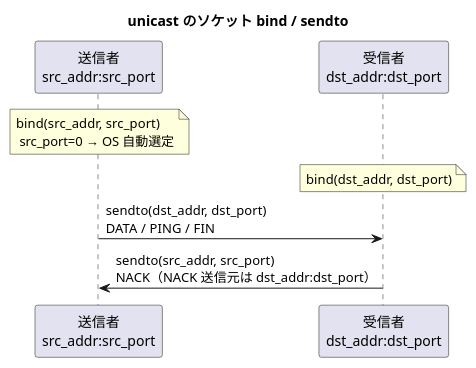
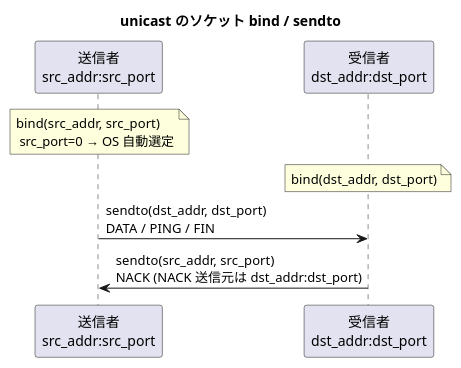
Before and after one commit to Hondarer/c-modernization-kit: the first of 2 diagrams in prod/porter/docs/config.md, drawn with PlantUML. The commit also changed other lines of this file and 5 other files, not shown here.

````diff
--- a/prod/porter/docs/config.md
+++ b/prod/porter/docs/config.md
@@ -120,14 +110,14 @@
 ```plantuml
 @startuml
 title unicast のソケット bind / sendto
 
 participant "送信者\nsrc_addr:src_port" as S
 participant "受信者\ndst_addr:dst_port" as R
 
 note over S: bind(src_addr, src_port)\n src_port=0 → OS 自動選定
 note over R: bind(dst_addr, dst_port)
 
 S -> R: sendto(dst_addr, dst_port)\nDATA / PING / FIN
-R -> S: sendto(src_addr, src_port)\nNACK（NACK 送信元は dst_addr:dst_port）
+R -> S: sendto(src_addr, src_port)\nNACK (NACK 送信元は dst_addr:dst_port)
 @enduml
 ```
````
